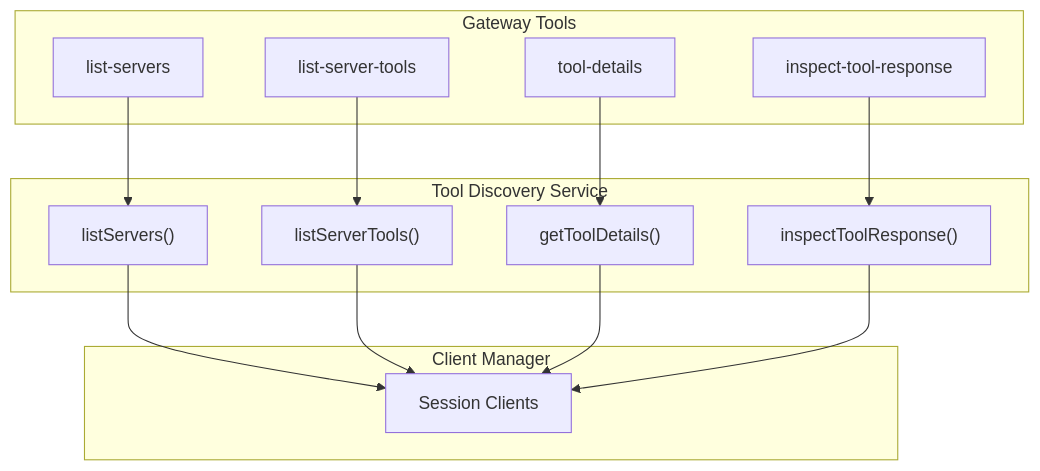
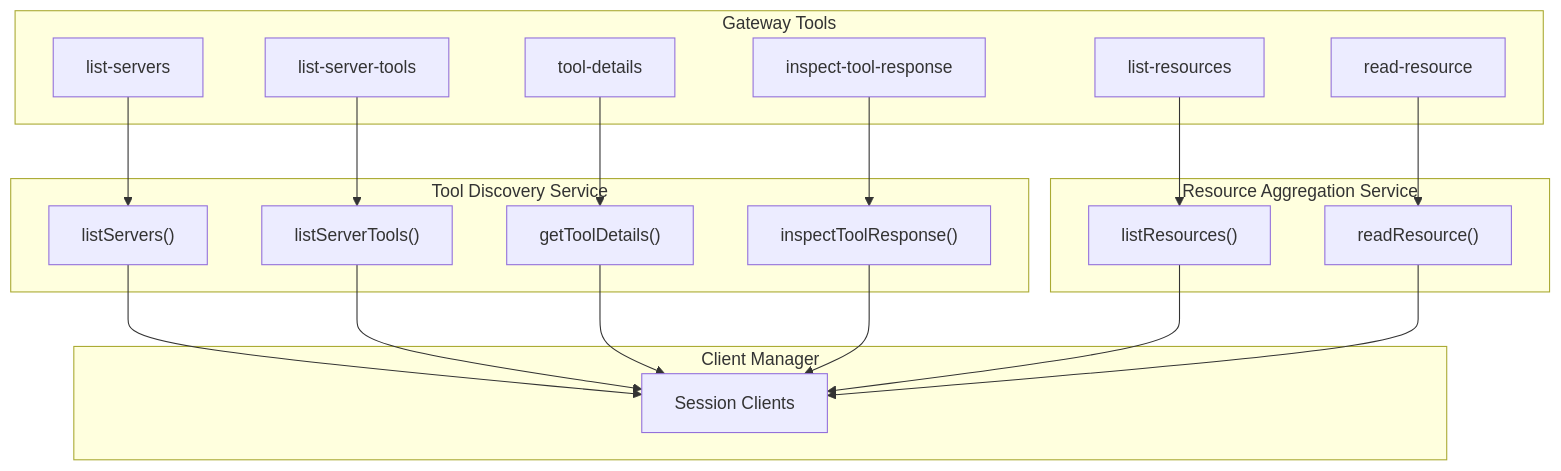
One commit to karashiiro/my-cool-proxy changed the third of 3 diagrams in docs/design/progressive-discovery.md. Above: the diagram before and after it, drawn with Mermaid. The commit also changed other lines of this file and 9 other files, not shown here.

````diff
--- a/docs/design/progressive-discovery.md
+++ b/docs/design/progressive-discovery.md
@@ -204,30 +266,41 @@
 ```mermaid
 flowchart TB
     subgraph Tools["Gateway Tools"]
         ListServers["list-servers"]
         ListTools["list-server-tools"]
         Details["tool-details"]
         Inspect["inspect-tool-response"]
+        ListResources["list-resources"]
+        ReadResource["read-resource"]
     end
 
     subgraph Service["Tool Discovery Service"]
         LS["listServers()"]
         LST["listServerTools()"]
         GTD["getToolDetails()"]
         ITR["inspectToolResponse()"]
+    end
+
+    subgraph ResourceService["Resource Aggregation Service"]
+        LR["listResources()"]
+        RR["readResource()"]
     end
 
     subgraph Clients["Client Manager"]
         Sessions["Session Clients"]
     end
 
     ListServers --> LS
     ListTools --> LST
     Details --> GTD
     Inspect --> ITR
+    ListResources --> LR
+    ReadResource --> RR
 
     LS --> Sessions
     LST --> Sessions
     GTD --> Sessions
     ITR --> Sessions
+    LR --> Sessions
+    RR --> Sessions
 ```
````
